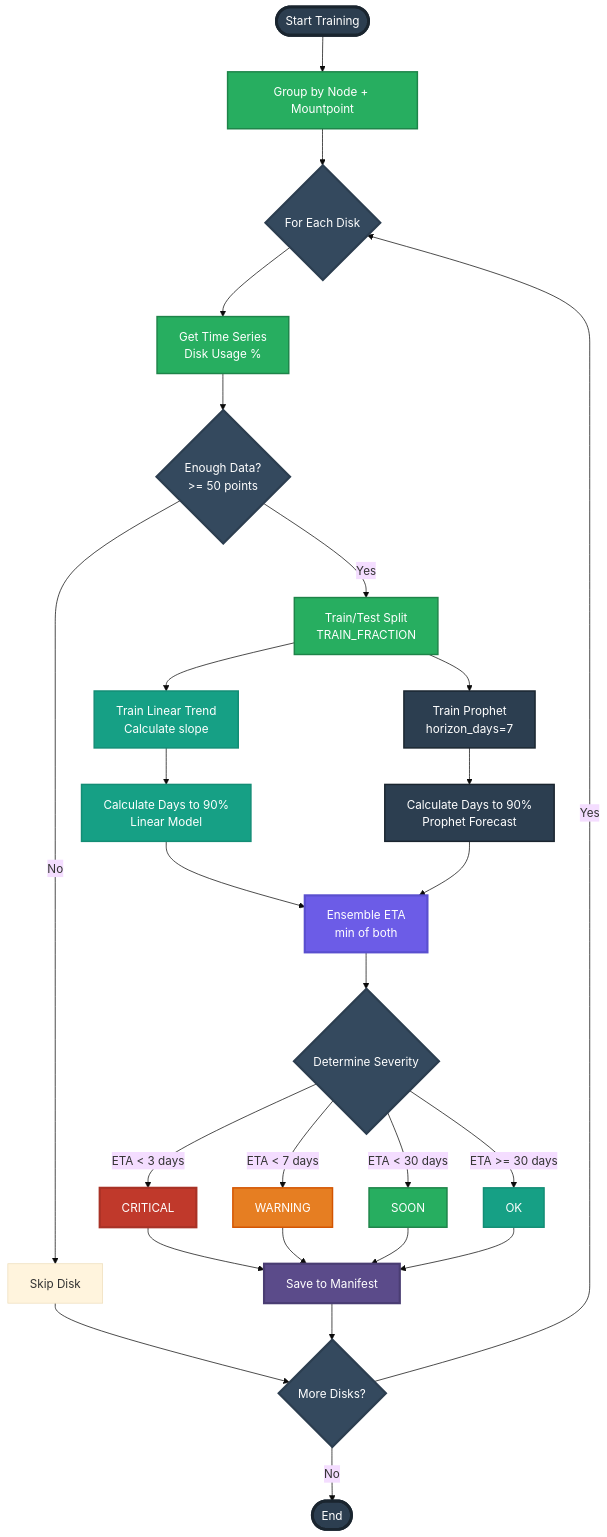
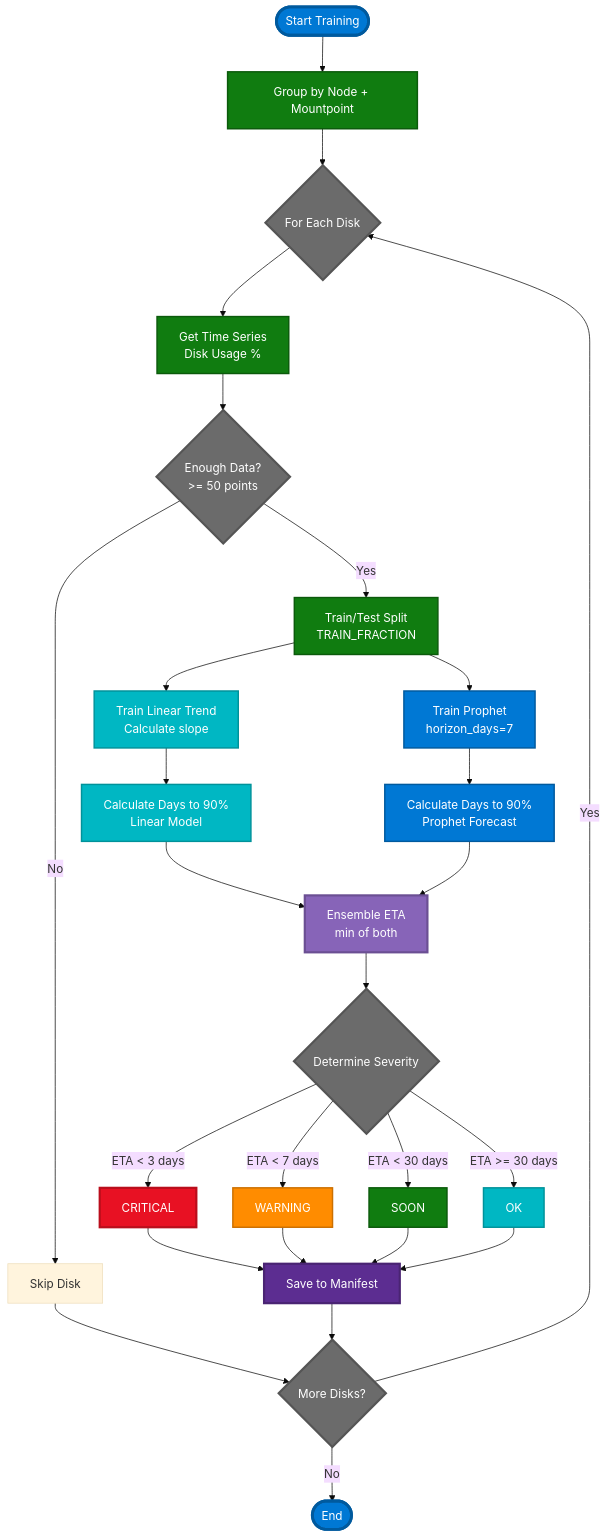
The fifth of 11 diagrams in Docs/VISUAL_ARCHITECTURE_GUIDE.md (k8sautom8/metrics-ml), drawn with Mermaid (base theme) before and after one commit. The commit also changed other lines of this file, not shown here.

````diff
--- a/Docs/VISUAL_ARCHITECTURE_GUIDE.md
+++ b/Docs/VISUAL_ARCHITECTURE_GUIDE.md
@@ -363,61 +363,61 @@
 ```mermaid
 flowchart TD
     Start([Start Training]) --> Group[Group by Node + Mountpoint]
     
     Group --> ForEach{For Each Disk}
     
     ForEach --> Data[Get Time Series<br/>Disk Usage %]
     
     Data --> Check{Enough Data?<br/>>= 50 points}
     Check -->|No| Skip[Skip Disk]
     Check -->|Yes| Split[Train/Test Split<br/>TRAIN_FRACTION]
     
     Split --> Linear[Train Linear Trend<br/>Calculate slope]
     Split --> Prophet[Train Prophet<br/>horizon_days=7]
     
     Linear --> LinearETA[Calculate Days to 90%<br/>Linear Model]
     Prophet --> ProphetETA[Calculate Days to 90%<br/>Prophet Forecast]
     
     LinearETA --> EnsembleETA[Ensemble ETA<br/>min of both]
     ProphetETA --> EnsembleETA
     
     EnsembleETA --> Severity{Determine Severity}
     Severity -->|ETA < 3 days| Critical[CRITICAL]
     Severity -->|ETA < 7 days| Warning[WARNING]
     Severity -->|ETA < 30 days| Soon[SOON]
     Severity -->|ETA >= 30 days| OK[OK]
     
     Critical --> Save[Save to Manifest]
     Warning --> Save
     Soon --> Save
     OK --> Save
     Skip --> Next{More Disks?}
     Save --> Next
     
     Next -->|Yes| ForEach
     Next -->|No| End([End])
     
-    classDef startEnd fill:#2C3E50,stroke:#1A252F,stroke-width:4px,color:#fff
-    classDef process fill:#27AE60,stroke:#1E8449,stroke-width:2px,color:#fff
-    classDef decision fill:#34495E,stroke:#2C3E50,stroke-width:3px,color:#fff
-    classDef prophet fill:#2C3E50,stroke:#1A252F,stroke-width:2px,color:#fff
-    classDef linear fill:#16A085,stroke:#138D75,stroke-width:2px,color:#fff
-    classDef ensemble fill:#6C5CE7,stroke:#5A4FCF,stroke-width:3px,color:#fff
-    classDef critical fill:#C0392B,stroke:#A93226,stroke-width:3px,color:#fff
-    classDef warning fill:#E67E22,stroke:#D35400,stroke-width:2px,color:#fff
-    classDef soon fill:#27AE60,stroke:#1E8449,stroke-width:2px,color:#fff
-    classDef ok fill:#16A085,stroke:#138D75,stroke-width:2px,color:#fff
-    classDef save fill:#5B4B8A,stroke:#4A3D73,stroke-width:3px,color:#fff
+    classDef startEnd fill:#0078D4,stroke:#005A9E,stroke-width:4px,color:#fff
+    classDef process fill:#107C10,stroke:#0B5A0B,stroke-width:2px,color:#fff
+    classDef decision fill:#6B6B6B,stroke:#555555,stroke-width:3px,color:#fff
+    classDef prophet fill:#0078D4,stroke:#005A9E,stroke-width:2px,color:#fff
+    classDef linear fill:#00B7C3,stroke:#00929A,stroke-width:2px,color:#fff
+    classDef ensemble fill:#8764B8,stroke:#6B4F93,stroke-width:3px,color:#fff
+    classDef critical fill:#E81123,stroke:#BA0E1C,stroke-width:3px,color:#fff
+    classDef warning fill:#FF8C00,stroke:#CC7000,stroke-width:2px,color:#fff
+    classDef soon fill:#107C10,stroke:#0B5A0B,stroke-width:2px,color:#fff
+    classDef ok fill:#00B7C3,stroke:#00929A,stroke-width:2px,color:#fff
+    classDef save fill:#5C2D91,stroke:#4A2473,stroke-width:3px,color:#fff
     
     class Start,End startEnd
     class Group,Data,Split process
     class ForEach,Check,Severity,Next decision
     class Prophet,ProphetETA prophet
     class Linear,LinearETA linear
     class EnsembleETA ensemble
     class Critical critical
     class Warning warning
     class Soon soon
     class OK ok
     class Save save
 ```
````
